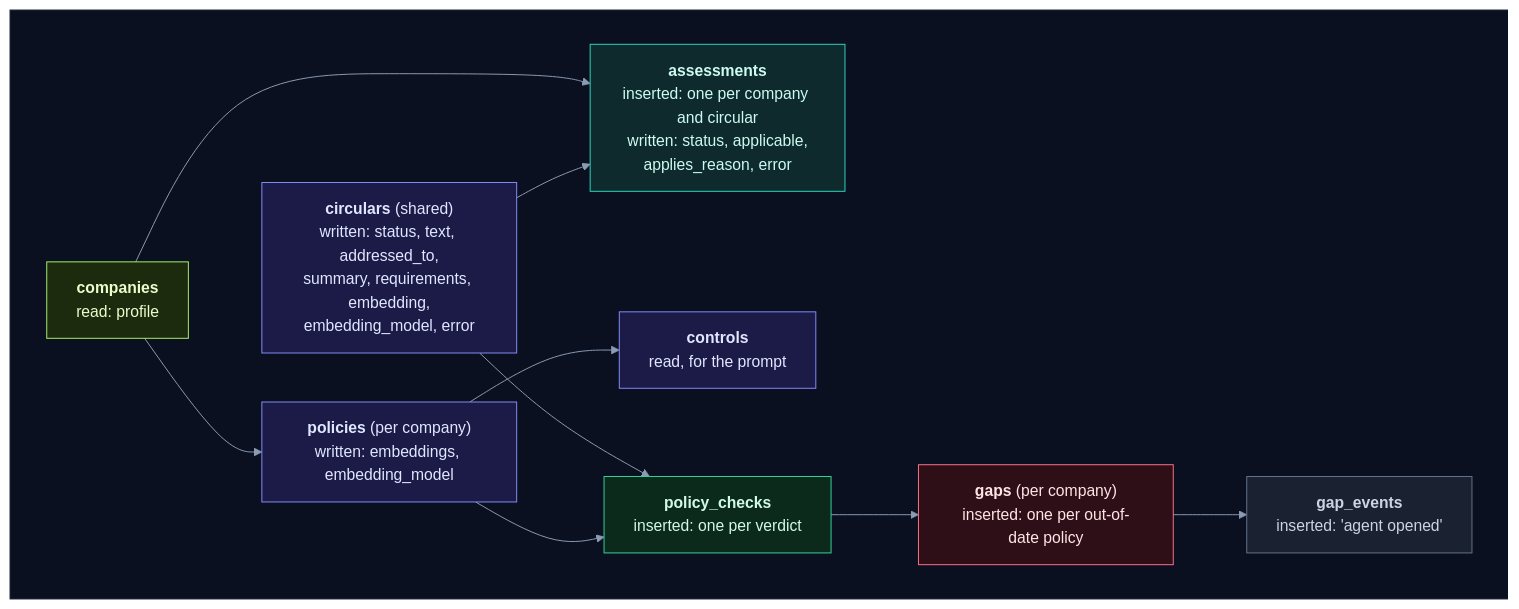
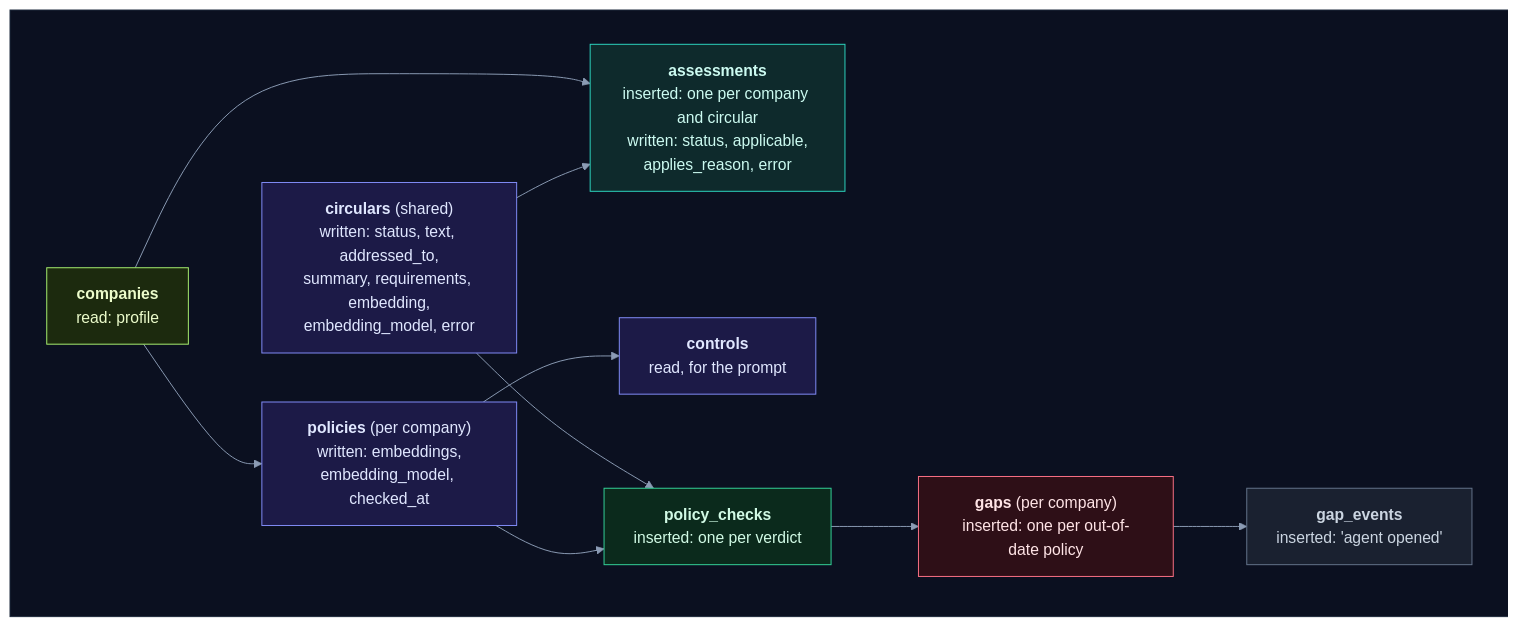
The seventh of 19 diagrams in backend/worker/INTERNALS.md (selvakumarperumal/Regulatory_Circular_Impact_Agent), drawn with Mermaid before and after one commit. The commit also changed other lines of this file and 9 other files, not shown here.

````diff
--- a/backend/worker/INTERNALS.md
+++ b/backend/worker/INTERNALS.md
@@ -332,40 +333,40 @@
 ```mermaid
 %%{init: {"theme": "base", "flowchart": {"diagramPadding": 0}, "themeVariables": {"darkMode": true, "primaryColor": "#16213a", "primaryTextColor": "#e6edf7", "primaryBorderColor": "#475a7a", "lineColor": "#8b9bb4", "secondaryColor": "#1b2436", "tertiaryColor": "#101a2e", "edgeLabelBackground": "#0f172a", "textColor": "#e2e8f0", "clusterBkg": "#0f1728", "clusterBorder": "#2b3a55", "titleColor": "#c4b5fd", "nodeTextColor": "#e6edf7"}}}%%
 flowchart LR
     subgraph canvas[" "]
         direction LR
         CO["<b>companies</b><br/>read: profile"]
         CI["<b>circulars</b> (shared)<br/>written: status, text, addressed_to,<br/>summary, requirements, embedding,<br/>embedding_model, error"]
         AS["<b>assessments</b><br/>inserted: one per company and circular<br/>written: status, applicable,<br/>applies_reason, error"]
-        PO["<b>policies</b> (per company)<br/>written: embeddings, embedding_model"]
+        PO["<b>policies</b> (per company)<br/>written: embeddings,<br/>embedding_model, checked_at"]
         CT["<b>controls</b><br/>read, for the prompt"]
         PC["<b>policy_checks</b><br/>inserted: one per verdict"]
         GA["<b>gaps</b> (per company)<br/>inserted: one per out-of-date policy"]
         GE["<b>gap_events</b><br/>inserted: 'agent opened'"]
         CO --> AS
         CI --> AS
         CO --> PO
         PO --> CT
         CI --> PC
         PO --> PC
         PC --> GA
         GA --> GE
     end
     classDef svc fill:#0e2a2c,stroke:#2dd4bf,color:#ccfbf1
     classDef data fill:#1c1a47,stroke:#818cf8,color:#e0e7ff
     classDef ext fill:#2a1640,stroke:#c084fc,color:#f3e8ff
     classDef gpu fill:#2d1b0c,stroke:#fb923c,color:#ffedd5
     classDef ask fill:#2a2410,stroke:#fbbf24,color:#fef3c7
     classDef ok fill:#0b2a1c,stroke:#34d399,color:#d1fae5
     classDef bad fill:#2e0f17,stroke:#fb7185,color:#ffe4e6
     classDef start fill:#1c2a0e,stroke:#a7ef6f,color:#ecfccb
     classDef muted fill:#1a2130,stroke:#64748b,color:#cbd5e1
     classDef queue fill:#0c2231,stroke:#38bdf8,color:#e0f2fe
     class CO start
     class CI,PO,CT data
     class AS svc
     class PC ok
     class GA bad
     class GE muted
     style canvas fill:#0b1020,stroke:#1e293b,color:#0b1020
 ```
````
